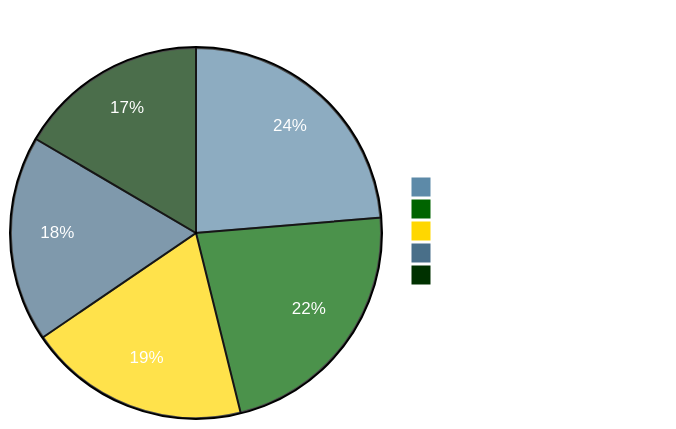
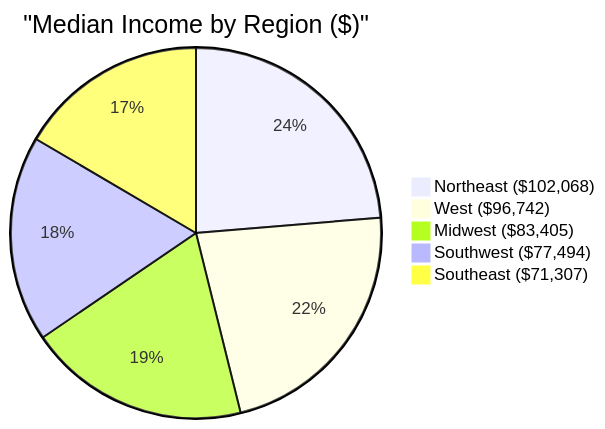
One commit to tzolkowski96/tzolkowski96 changed the first of 10 diagrams in us-household-income-analysis/README.md. Above: the diagram before and after it, drawn with Mermaid. The commit also changed other lines of this file, not shown here.

````diff
--- a/us-household-income-analysis/README.md
+++ b/us-household-income-analysis/README.md
@@ -54,10 +54,9 @@
 ```mermaid
-%%{init: {'theme': 'base', 'themeVariables': { 'primaryColor': '#5D8AA8', 'secondaryColor': '#006400', 'tertiaryColor': '#FFD700', 'primaryTextColor': '#fff', 'secondaryTextColor': '#fff', 'tertiaryTextColor': '#000', 'lineColor': '#333', 'fontSize': '16px'}}}%%
-pie showData
+pie
     title "Median Income by Region ($)"
     "Northeast ($102,068)" : 102068
     "West ($96,742)" : 96742
     "Midwest ($83,405)" : 83405
     "Southwest ($77,494)" : 77494
     "Southeast ($71,307)" : 71307
 ```
````
